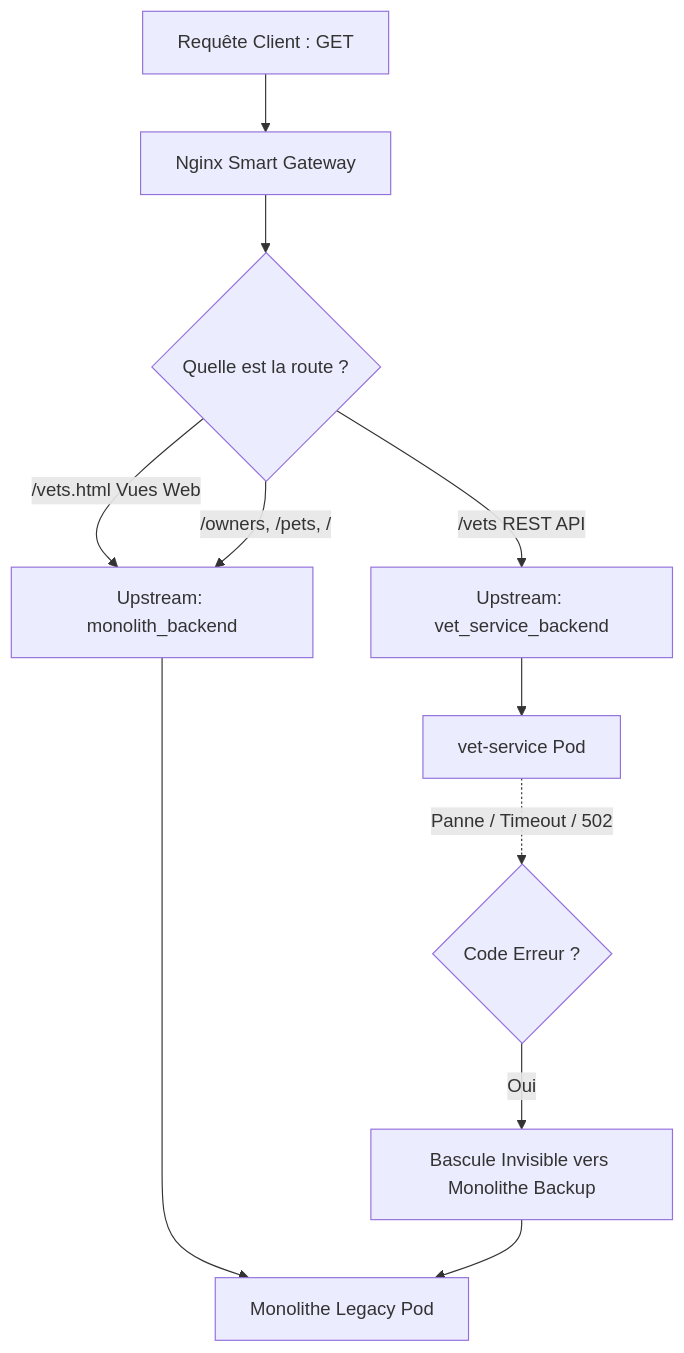
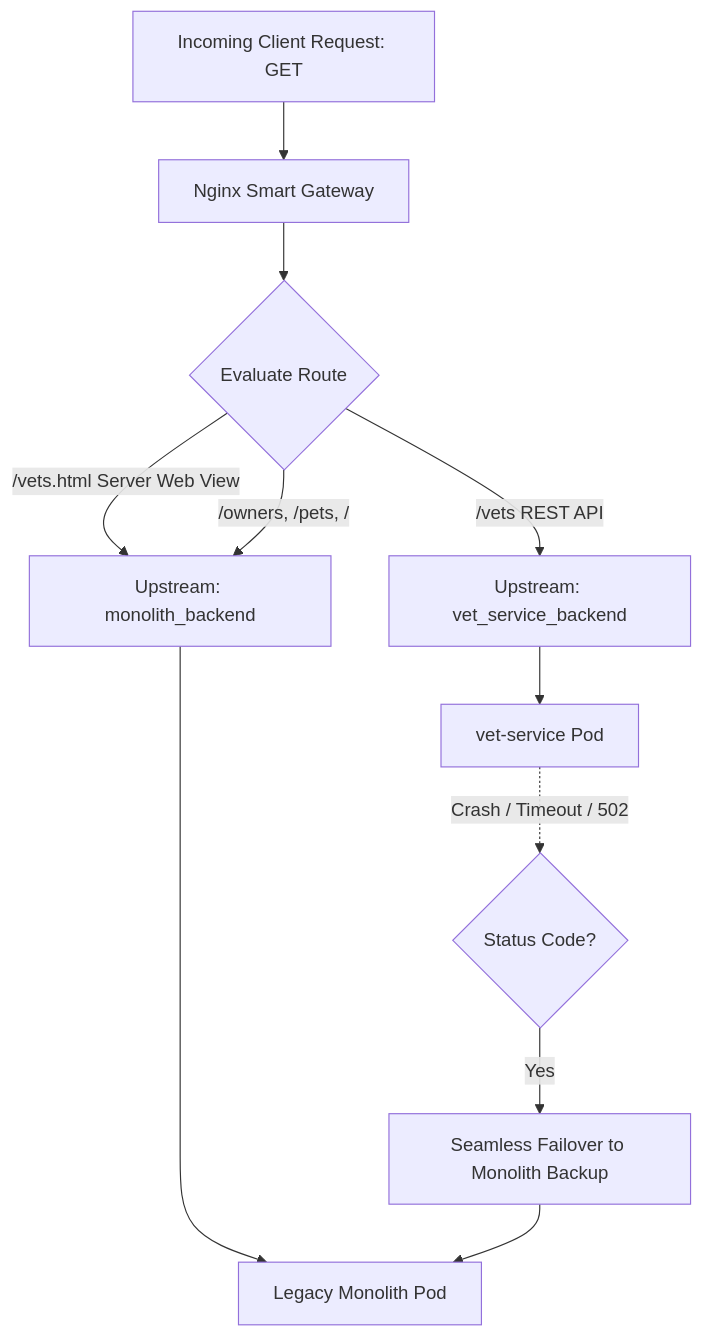
The fourth of 9 diagrams in README.md (abdochiguer/Monolith-to-Microservices-Migration), drawn with Mermaid before and after one commit. The commit also changed other lines of this file, not shown here.

````diff
--- a/README.md
+++ b/README.md
@@ -206,17 +204,17 @@
 ```mermaid
 flowchart TD
-    ClientReq[Requête Client : GET] --> NginxGate[Nginx Smart Gateway]
+    ClientReq[Incoming Client Request: GET] --> NginxGate[Nginx Smart Gateway]
 
-    NginxGate --> CheckRoute{Quelle est la route ?}
+    NginxGate --> CheckRoute{Evaluate Route}
     
     CheckRoute -->|/vets REST API| UpstreamVet[Upstream: vet_service_backend]
-    CheckRoute -->|/vets.html Vues Web| UpstreamMono[Upstream: monolith_backend]
+    CheckRoute -->|/vets.html Server Web View| UpstreamMono[Upstream: monolith_backend]
     CheckRoute -->|/owners, /pets, /| UpstreamMono
 
     UpstreamVet --> VetPod[vet-service Pod]
-    UpstreamMono --> MonoPod[Monolithe Legacy Pod]
+    UpstreamMono --> MonoPod[Legacy Monolith Pod]
 
-    VetPod -.->|Panne / Timeout / 502| ErrorCatch{Code Erreur ?}
-    ErrorCatch -->|Oui| Failover[Bascule Invisible vers Monolithe Backup]
+    VetPod -.->|Crash / Timeout / 502| ErrorCatch{Status Code?}
+    ErrorCatch -->|Yes| Failover[Seamless Failover to Monolith Backup]
     Failover --> MonoPod
 ```
````
